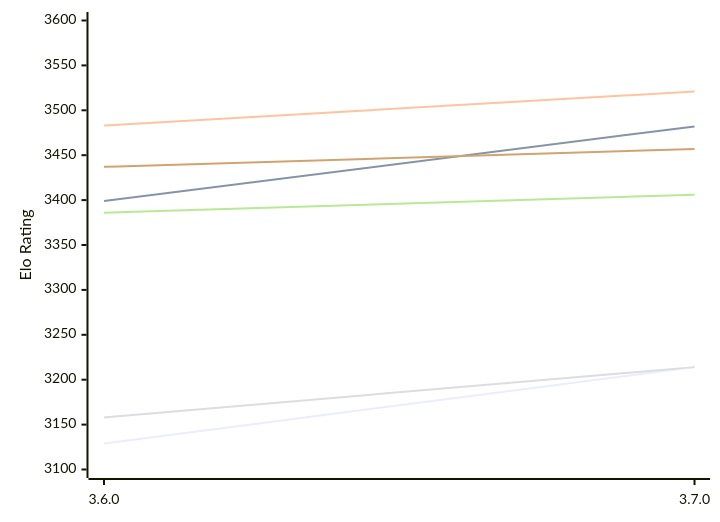
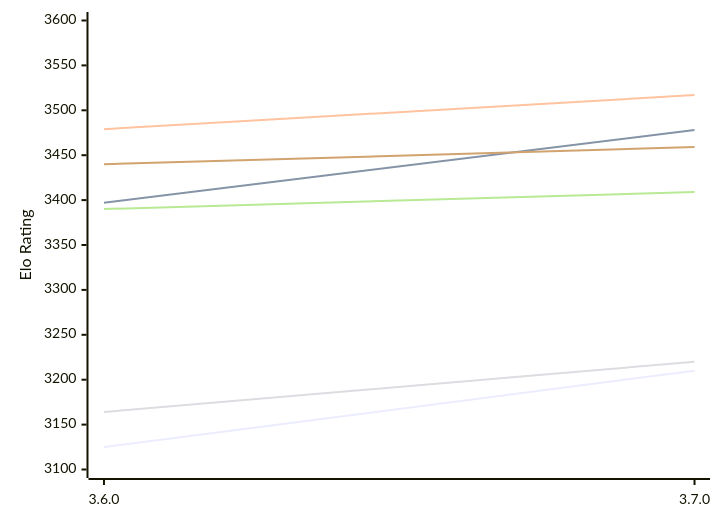
Before and after one commit to computer-chess-index/cci: the diagram in engines/Simplechess.md, drawn with Mermaid. The commit also changed other lines of this file, not shown here.

Commit message:
Update CCI Ratings (ELO VLTC) - 2026-11-21

````diff
--- a/engines/Simplechess.md
+++ b/engines/Simplechess.md
@@ -49,12 +49,12 @@
 ```mermaid
 %%{init: {"theme":"base","themeVariables":{"seriesColors:['#a3a3a3','#222221','#faa371']}}}%%
 xychart-beta
   x-axis ["3.6.0", "3.7.0"]
   y-axis "Elo Rating" 3100 --> 3600
-  line "E1: STC (8.0+0.08s)" [3129, 3214]
-  line "E1: LTC (60.0+0.60s)" [3399, 3482]
-  line "E1: VLTC (2m24s+1.12s)" [3483, 3521]
-  line "P1: STC (8.0+0.08s)" [3158, 3214]
-  line "P1: LTC (60.0+0.60s)" [3386, 3406]
-  line "P1: VLTC (2m24s+1.12s)" [3437, 3457]
+  line "E1: STC (8.0+0.08s)" [3125, 3210]
+  line "E1: LTC (60.0+0.60s)" [3397, 3478]
+  line "E1: VLTC (2m24s+1.12s)" [3479, 3517]
+  line "P1: STC (8.0+0.08s)" [3164, 3220]
+  line "P1: LTC (60.0+0.60s)" [3390, 3409]
+  line "P1: VLTC (2m24s+1.12s)" [3440, 3459]
 ```
````
